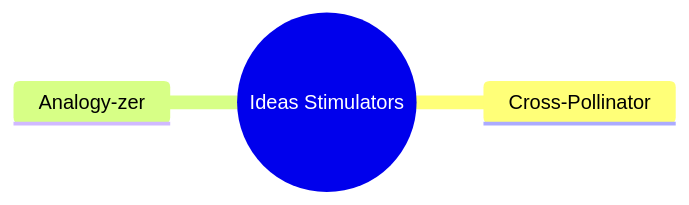
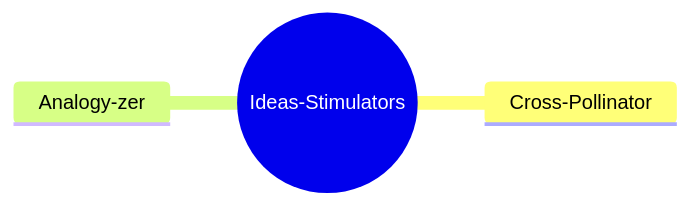
The eighth of 11 diagrams in 01-articles/prompt_engineering_patterns/README.md (raphaelmansuy/digital_palace), drawn with Mermaid before and after one commit. The commit also changed other lines of this file, not shown here.

Commit message:
Update engineering patterns README with simplified text modifiers and corrected mindmap root label

````diff
--- a/01-articles/prompt_engineering_patterns/README.md
+++ b/01-articles/prompt_engineering_patterns/README.md
@@ -344,6 +342,6 @@
 ```mermaid
 mindmap
-  root((Ideas Stimulators))
+  root((Ideas-Stimulators))
     Cross-Pollinator
     Analogy-zer
 ```
````
